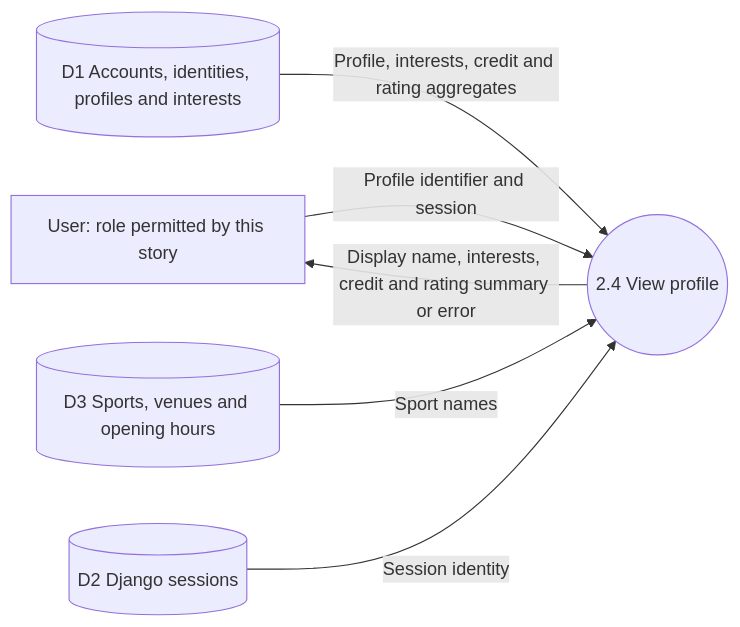
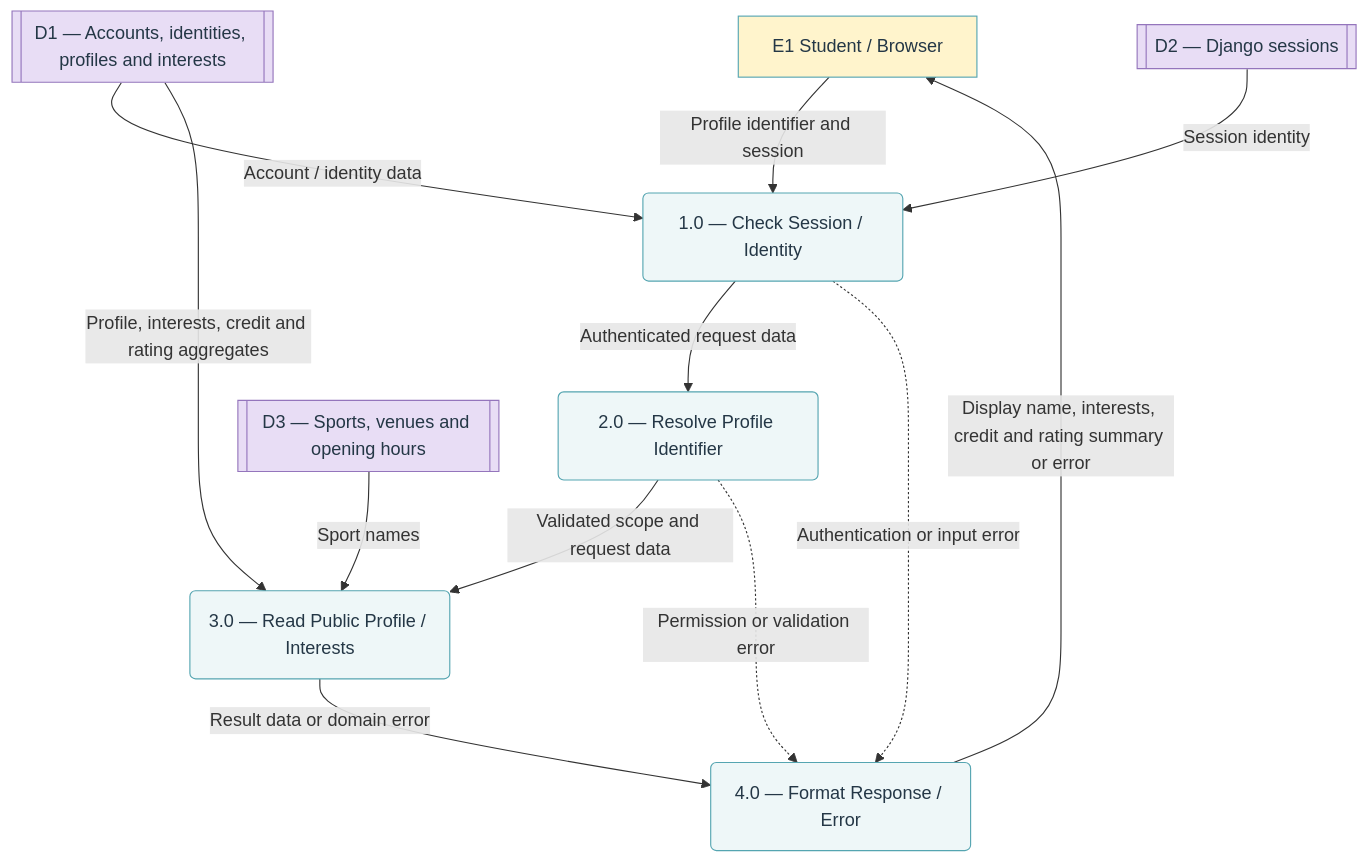
The second of 2 diagrams in docs/diagrams/data-flow/us8/README.md (GearJP2/cs261-group2-100001), drawn with Mermaid before and after one commit. The commit also changed other lines of this file and 40 other files, not shown here.

````diff
--- a/docs/diagrams/data-flow/us8/README.md
+++ b/docs/diagrams/data-flow/us8/README.md
@@ -7,13 +26,25 @@
 ```mermaid
-flowchart LR
-    U["User: role permitted by this story"]
-    P(("2.4 View profile"))
-    D1[("D1 Accounts, identities, profiles and interests")]
-    D2[("D2 Django sessions")]
-    D3[("D3 Sports, venues and opening hours")]
-    U -->|"Profile identifier and session"| P
-    P -->|"Display name, interests, credit and rating summary or error"| U
-    D1 -->|"Profile, interests, credit and rating aggregates"| P
-    D3 -->|"Sport names"| P
-    D2 -->|"Session identity"| P
+flowchart TB
+    E["E1 Student / Browser"]:::entity
+    P1("1.0 — Check Session / Identity"):::process
+    P2("2.0 — Resolve Profile Identifier"):::process
+    P3("3.0 — Read Public Profile / Interests"):::process
+    P4("4.0 — Format Response / Error"):::process
+    E -->|"Profile identifier and session"| P1
+    P1 -->|"Authenticated request data"| P2
+    P2 -->|"Validated scope and request data"| P3
+    P3 -->|"Result data or domain error"| P4
+    P4 -->|"Display name, interests, credit and rating summary or error"| E
+    P1 -.->|"Authentication or input error"| P4
+    P2 -.->|"Permission or validation error"| P4
+    D1[["D1 — Accounts, identities, profiles and interests"]]:::store
+    D2[["D2 — Django sessions"]]:::store
+    D3[["D3 — Sports, venues and opening hours"]]:::store
+    D1 -->|"Account / identity data"| P1
+    D1 -->|"Profile, interests, credit and rating aggregates"| P3
+    D3 -->|"Sport names"| P3
+    D2 -->|"Session identity"| P1
+    classDef entity fill:#fff4cc,stroke:#55a5b1,color:#243746
+    classDef process fill:#eef7f8,stroke:#55a5b1,color:#243746
+    classDef store fill:#e8ddf5,stroke:#9475bc,color:#243746
 ```
````
